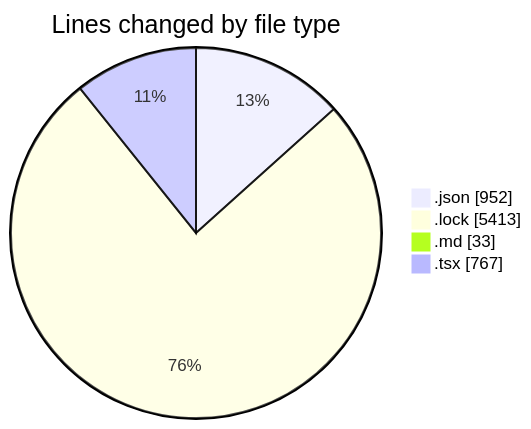
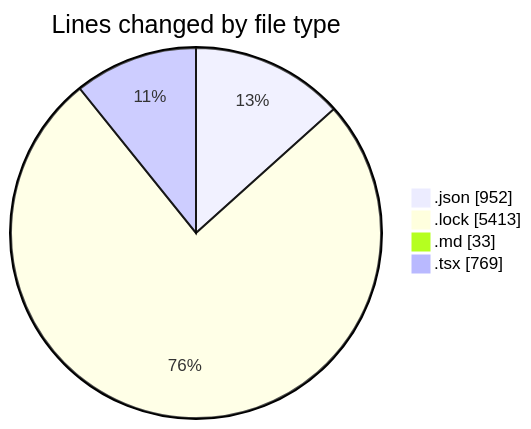
Before and after one commit to EIIisD/code-tracking: the first of 2 diagrams in 2025-08-11/ribbon/README.md, drawn with Mermaid. The commit also changed other lines of this file and 1 other file, not shown here.

````diff
--- a/2025-08-11/ribbon/README.md
+++ b/2025-08-11/ribbon/README.md
@@ -35,8 +35,8 @@
 ```mermaid
 pie showData
 title Lines changed by file type
 ".json" : 952
 ".lock" : 5413
 ".md" : 33
-".tsx" : 767
+".tsx" : 769
 ```
````
